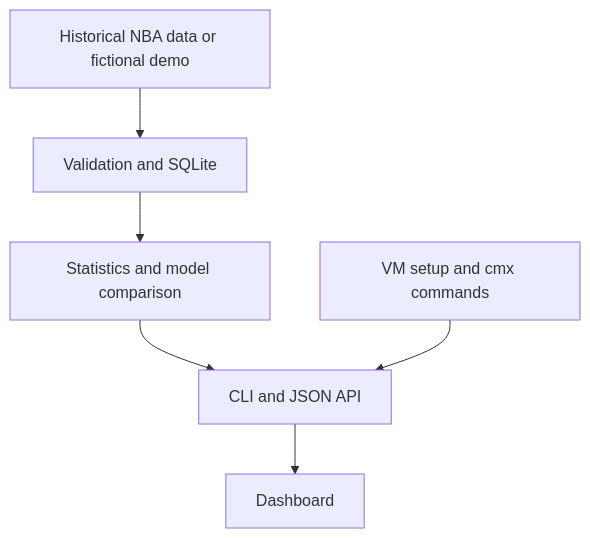
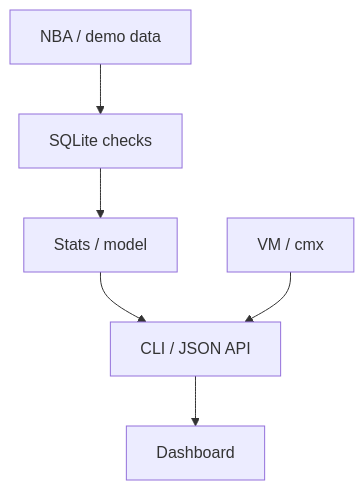
Before and after one commit to cloudmesh-ai-luc/sugwu123: the diagram in project.md, drawn with Mermaid.

Commit message:
Shorten report diagram labels

````diff
--- a/project.md
+++ b/project.md
@@ -29,8 +29,8 @@
 ```mermaid
 flowchart TD
-    D["Historical NBA data or fictional demo"] --> S["Validation and SQLite"]
-    S --> A["Statistics and model comparison"]
-    A --> C["CLI and JSON API"]
+    D["NBA / demo data"] --> S["SQLite checks"]
+    S --> A["Stats / model"]
+    A --> C["CLI / JSON API"]
     C --> W["Dashboard"]
-    V["VM setup and cmx commands"] --> C
+    V["VM / cmx"] --> C
 ```
````
